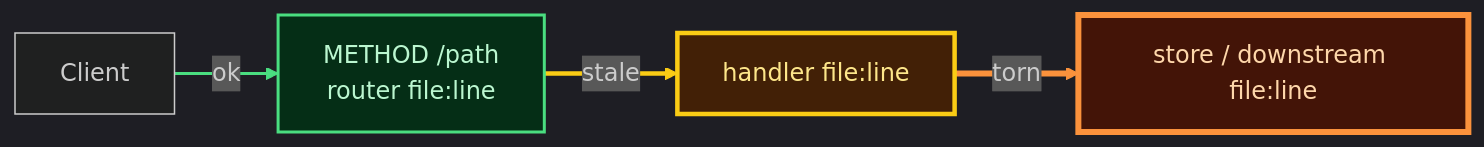
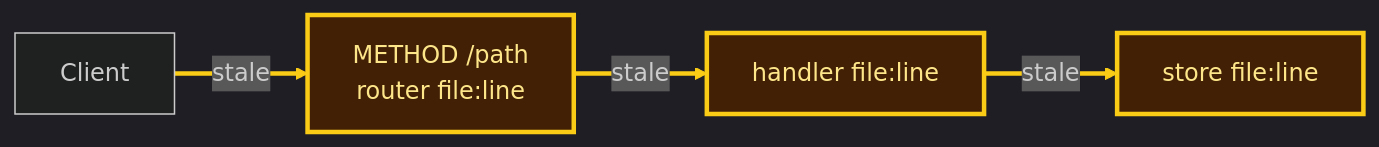
One commit to Atofinite5/skidora changed the diagram in skills/skidora/templates/connection-health.md. Above: the diagram before and after it, drawn with Mermaid. The commit also changed other lines of this file and 6 other files, not shown here.

````diff
--- a/skills/skidora/templates/connection-health.md
+++ b/skills/skidora/templates/connection-health.md
@@ -7,22 +11,22 @@
 ```mermaid
 %%{init: {"theme":"dark"}}%%
 flowchart LR
   classDef ok fill:#052e16,stroke:#4ade80,color:#bbf7d0,stroke-width:2px
   classDef stale fill:#422006,stroke:#facc15,color:#fde68a,stroke-width:3px
   classDef torn fill:#431407,stroke:#fb923c,color:#fed7aa,stroke-width:4px
   classDef down fill:#450a0a,stroke:#f87171,color:#fecaca,stroke-width:5px
 
   C[Client]
   R["METHOD /path<br/>router file:line"]
   H["handler file:line"]
-  S["store / downstream file:line"]
-  C -->|ok| R
+  S["store file:line"]
+  C -->|stale| R
   R -->|stale| H
-  H -->|torn| S
-  class R ok
+  H -->|stale| S
+  class R stale
   class H stale
-  class S torn
-  linkStyle 0 stroke:#4ade80,stroke-width:2px
+  class S stale
+  linkStyle 0 stroke:#facc15,stroke-width:3px
   linkStyle 1 stroke:#facc15,stroke-width:3px
-  linkStyle 2 stroke:#fb923c,stroke-width:4px
+  linkStyle 2 stroke:#facc15,stroke-width:3px
 ```
````
